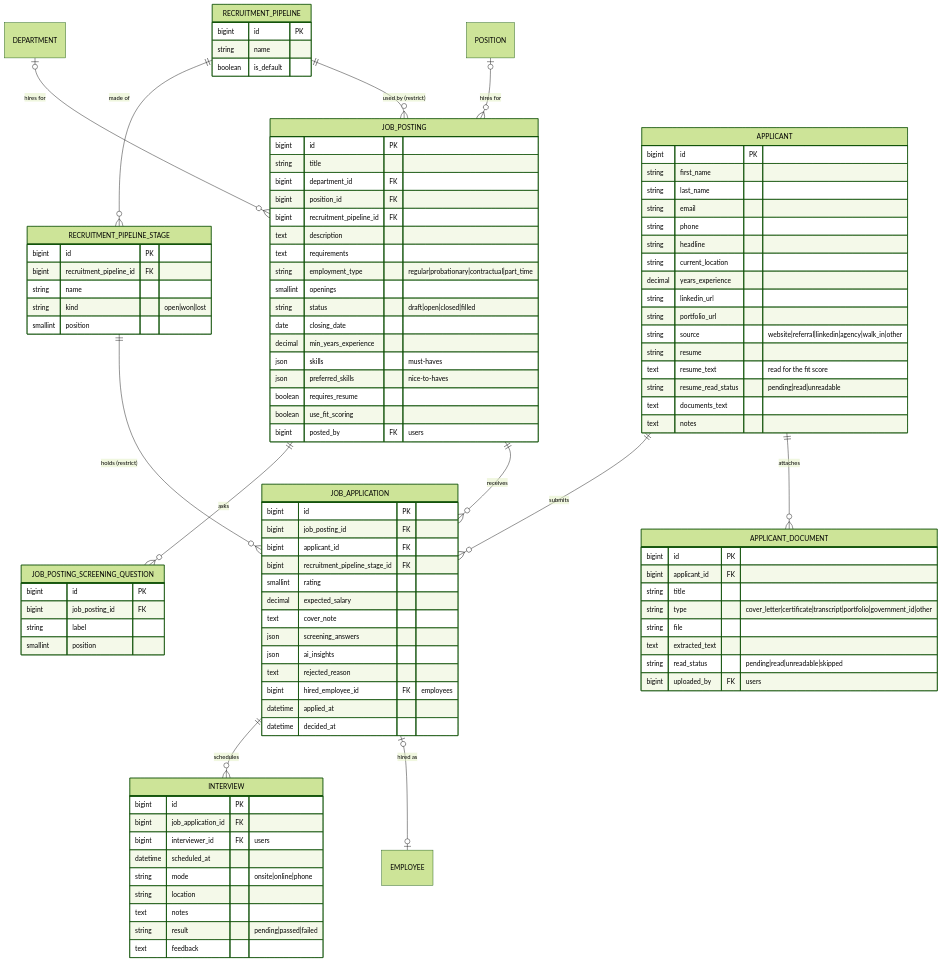
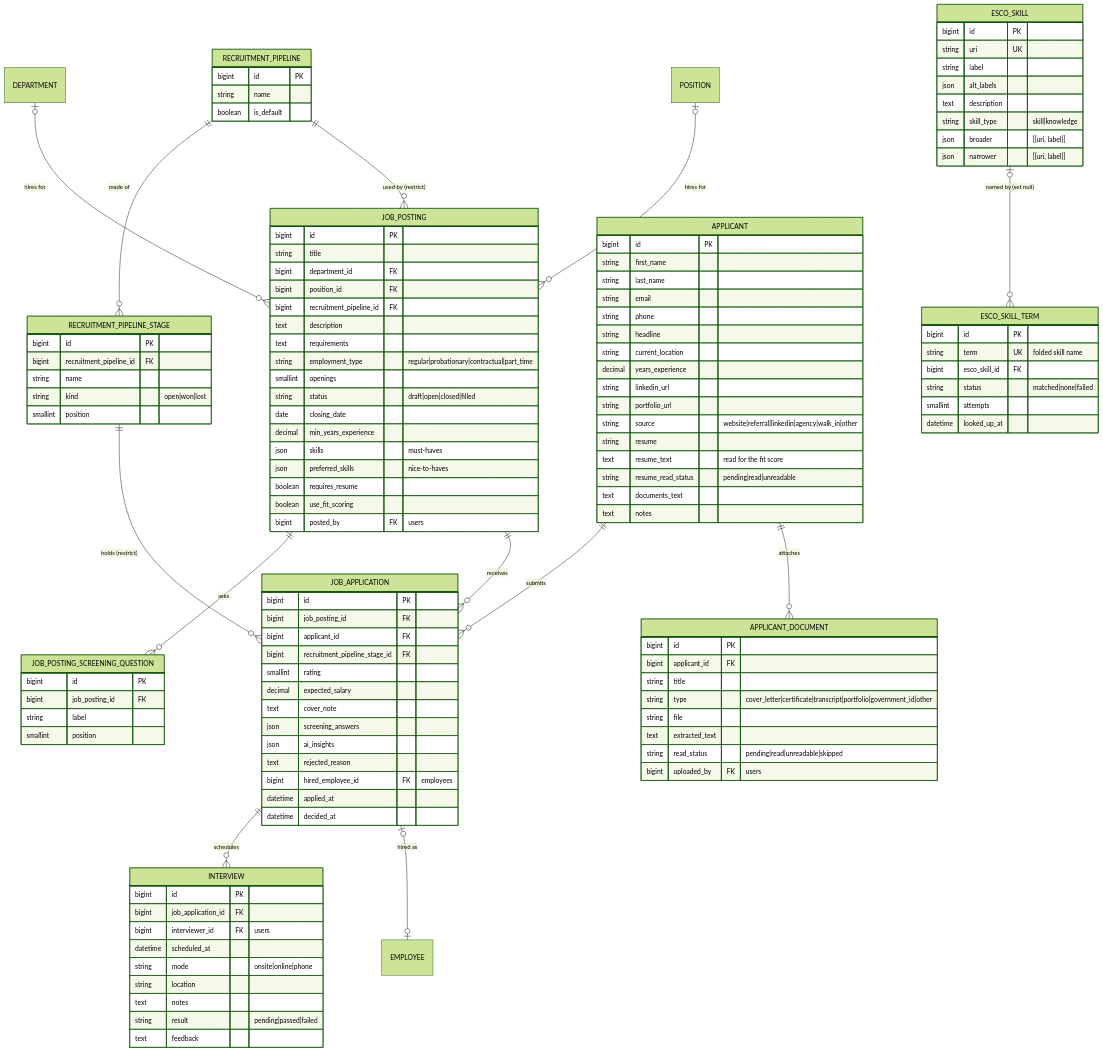
Before and after one commit to earlkian8/synapse: the fifth of 15 diagrams in docs/database/erd.md, drawn with Mermaid (forest theme). The commit also changed other lines of this file and 7 other files, not shown here.

````diff
--- a/docs/database/erd.md
+++ b/docs/database/erd.md
@@ -641,6 +643,7 @@
     RECRUITMENT_PIPELINE_STAGE ||--o{ JOB_APPLICATION : "holds (restrict)"
     JOB_APPLICATION ||--o{ INTERVIEW : schedules
     JOB_APPLICATION |o--o| EMPLOYEE : "hired as"
+    ESCO_SKILL |o--o{ ESCO_SKILL_TERM : "named by (set null)"
 
     RECRUITMENT_PIPELINE {
         bigint id PK
@@ -733,4 +736,22 @@
         string result "pending|passed|failed"
         text feedback
     }
+    ESCO_SKILL {
+        bigint id PK
+        string uri UK
+        string label
+        json alt_labels
+        text description
+        string skill_type "skill|knowledge"
+        json broader "[{uri, label}]"
+        json narrower "[{uri, label}]"
+    }
+    ESCO_SKILL_TERM {
+        bigint id PK
+        string term UK "folded skill name"
+        bigint esco_skill_id FK
+        string status "matched|none|failed"
+        smallint attempts
+        datetime looked_up_at
+    }
 ```
````
